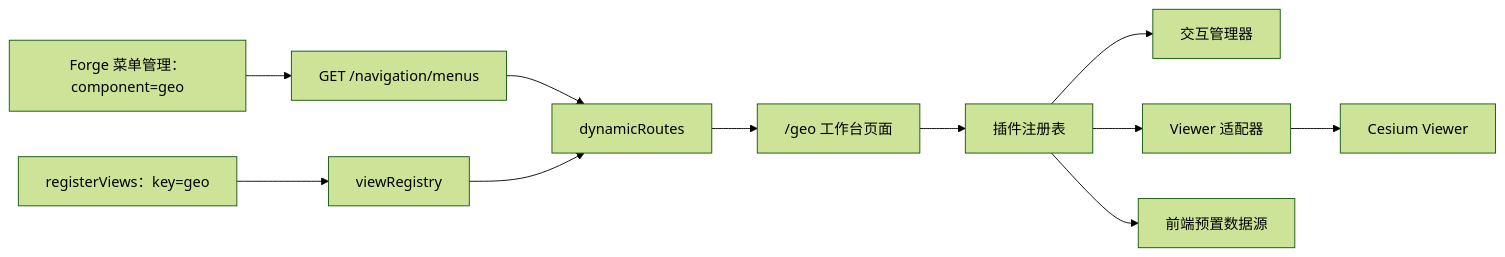
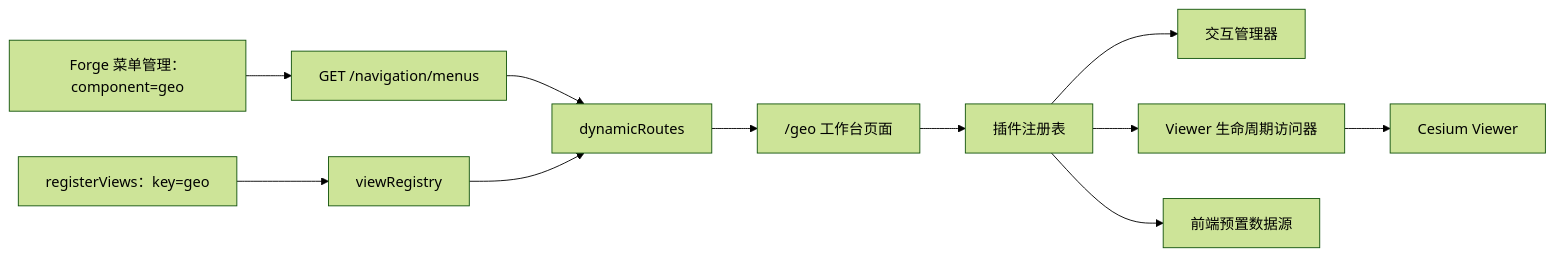
One commit to tanghaojie/Cyber-Sight changed the first of 2 diagrams in docs/platform/design/modules/geo.md. Above: the diagram before and after it, drawn with Mermaid (forest theme). The commit also changed other lines of this file and 7 other files, not shown here.

````diff
--- a/docs/platform/design/modules/geo.md
+++ b/docs/platform/design/modules/geo.md
@@ -127,13 +133,13 @@
 ```mermaid
 flowchart LR
     M["Forge 菜单管理：component=geo"] --> N["GET /navigation/menus"]
     RV["registerViews：key=geo"] --> R["viewRegistry"]
     N --> DR["dynamicRoutes"]
     R --> DR
     DR --> W["/geo 工作台页面"]
     W --> G["插件注册表"]
     G --> I["交互管理器"]
-    G --> VA["Viewer 适配器"]
+    G --> VA["Viewer 生命周期访问器"]
     VA --> C["Cesium Viewer"]
     G --> DS["前端预置数据源"]
 ```
````
